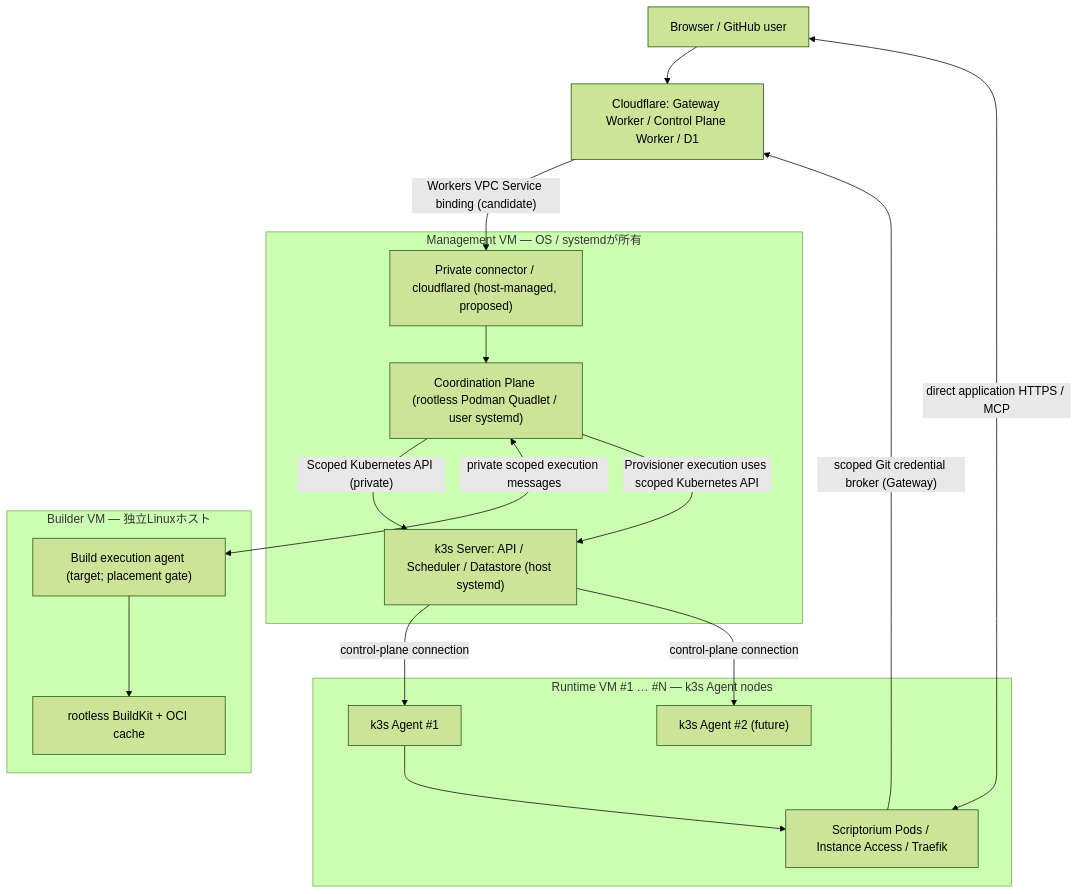
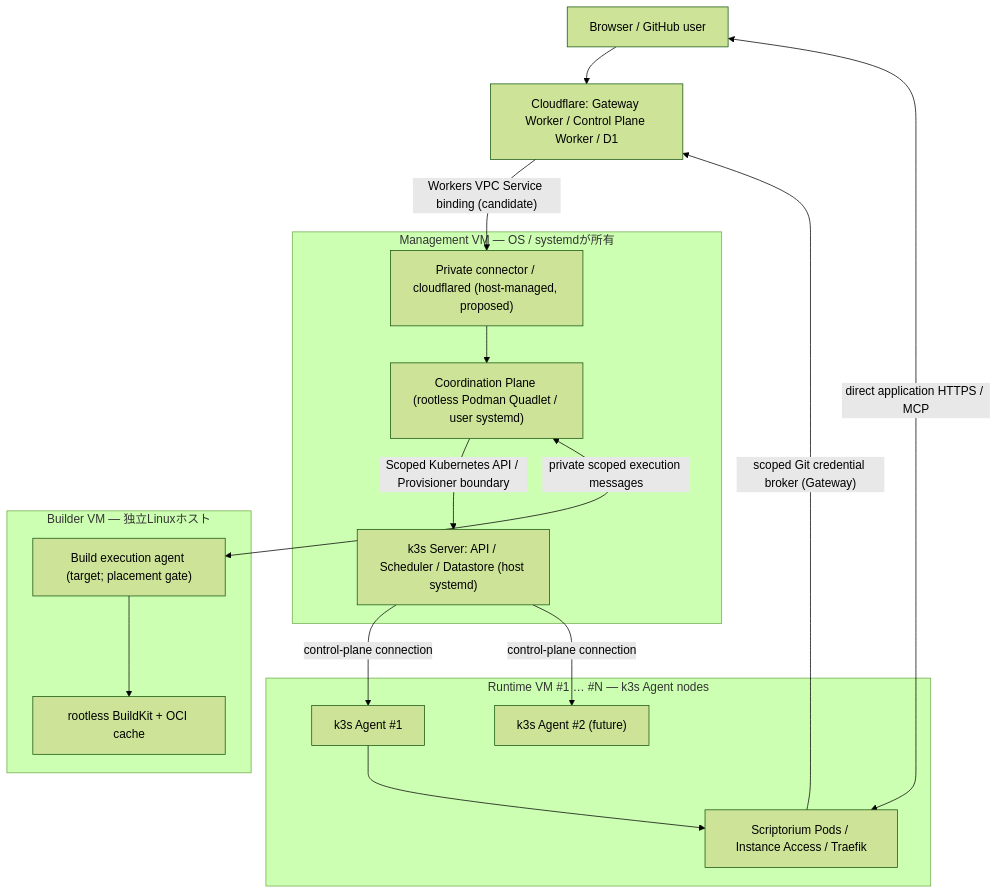
One commit to yohn-jp/praetorium changed the first of 2 diagrams in docs/architecture/MANAGEMENT-PLANE.md. Above: the diagram before and after it, drawn with Mermaid (forest theme).

Commit message:
docs: remove duplicate Kubernetes control edge from topology

```diff
--- a/docs/architecture/MANAGEMENT-PLANE.md
+++ b/docs/architecture/MANAGEMENT-PLANE.md
@@ -33,35 +33,34 @@
 ~~~mermaid
 flowchart TB
     User["Browser / GitHub user"]
     Cloud["Cloudflare: Gateway Worker / Control Plane Worker / D1"]
     User --> Cloud
 
     subgraph Management["Management VM — OS / systemdが所有"]
         K3S["k3s Server: API / Scheduler / Datastore (host systemd)"]
         Coord["Coordination Plane (rootless Podman Quadlet / user systemd)"]
         Tunnel["Private connector / cloudflared (host-managed, proposed)"]
-        Coord -->|"Scoped Kubernetes API (private)"| K3S
+        Coord -->|"Scoped Kubernetes API / Provisioner boundary"| K3S
         Tunnel --> Coord
     end
 
     Cloud -->|"Workers VPC Service binding (candidate)"| Tunnel
 
     subgraph Builder["Builder VM — 独立Linuxホスト"]
         BuildKit["rootless BuildKit + OCI cache"]
         BA["Build execution agent (target; placement gate)"] --> BuildKit
     end
 
     subgraph Runtime["Runtime VM #1 … #N — k3s Agent nodes"]
         Agent1["k3s Agent #1"]
         Agent2["k3s Agent #2 (future)"]
         App["Scriptorium Pods / Instance Access / Traefik"]
         Agent1 --> App
     end
 
     K3S -->|"control-plane connection"| Agent1
     K3S -->|"control-plane connection"| Agent2
     Coord <-->|"private scoped execution messages"| BA
-    Coord -->|"Provisioner execution uses scoped Kubernetes API"| K3S
     User <-->|"direct application HTTPS / MCP"| App
     App -->|"scoped Git credential broker (Gateway)"| Cloud
 ~~~
```
